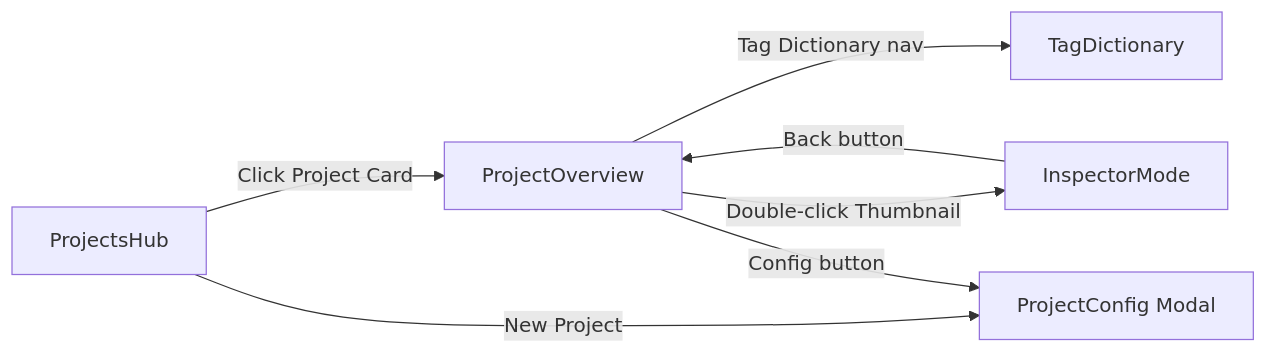
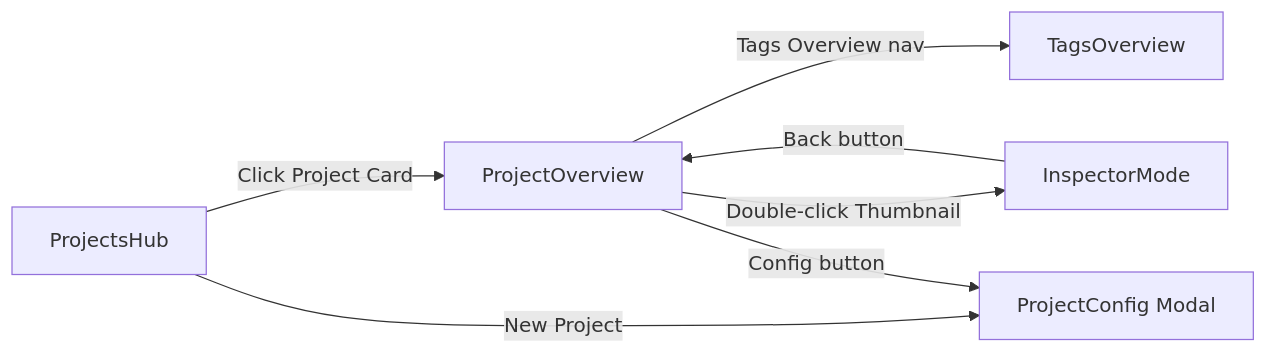
Before and after one commit to GreenDragon422/DatasetStudio: the first of 6 diagrams in .kiro/specs/DatasetStudio/design.md, drawn with Mermaid. The commit also changed other lines of this file and 9 other files, not shown here.

Commit message:
Rename Tag Dictionary screen to Tags Overview

````diff
--- a/.kiro/specs/DatasetStudio/design.md
+++ b/.kiro/specs/DatasetStudio/design.md
@@ -55,9 +55,9 @@
 ```mermaid
 graph LR
     A[ProjectsHub] -->|Click Project Card| B[ProjectOverview]
     B -->|Double-click Thumbnail| C[InspectorMode]
     C -->|Back button| B
-    B -->|Tag Dictionary nav| D[TagDictionary]
+    B -->|Tags Overview nav| D[TagsOverview]
     A -->|New Project| E[ProjectConfig Modal]
     B -->|Config button| E
 ```
````
